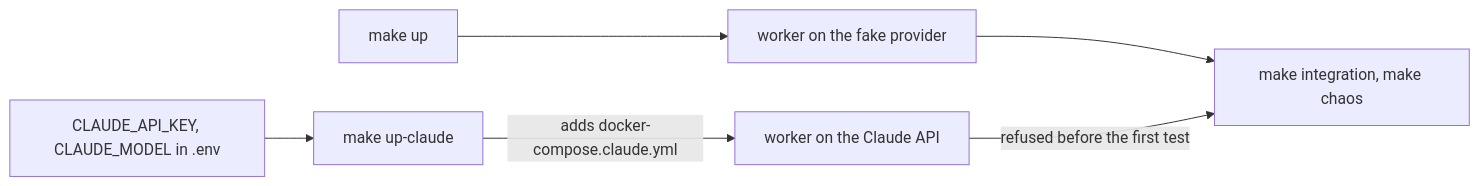
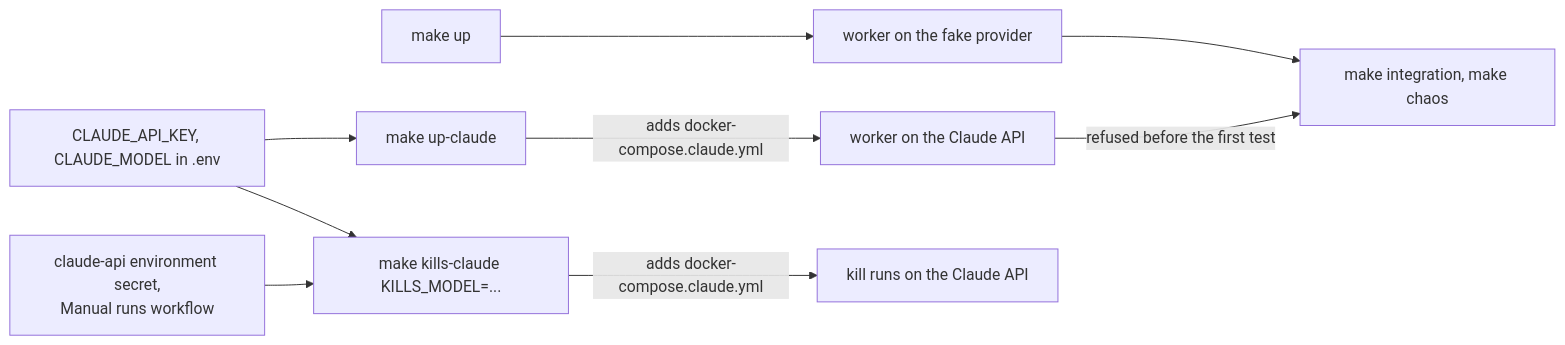
One commit to sindredg/agent-runtime changed the second of 2 diagrams in docs/settings.md. Above: the diagram before and after it, drawn with Mermaid. The commit also changed other lines of this file and 20 other files, not shown here.

Commit message:
test: run kill tests that a real model can pass (#110)

````diff
--- a/docs/settings.md
+++ b/docs/settings.md
@@ -30,8 +30,11 @@
 ```mermaid
 flowchart LR
     U[make up] --> F[worker on the fake provider]
     C[make up-claude] -->|adds docker-compose.claude.yml| A[worker on the Claude API]
     K[CLAUDE_API_KEY, CLAUDE_MODEL in .env] --> C
     F --> T[make integration, make chaos]
     A -->|refused before the first test| T
+    KC[make kills-claude KILLS_MODEL=...] -->|adds docker-compose.claude.yml| KA[kill runs on the Claude API]
+    K --> KC
+    G[claude-api environment secret,<br/>Manual runs workflow] --> KC
 ```
````
